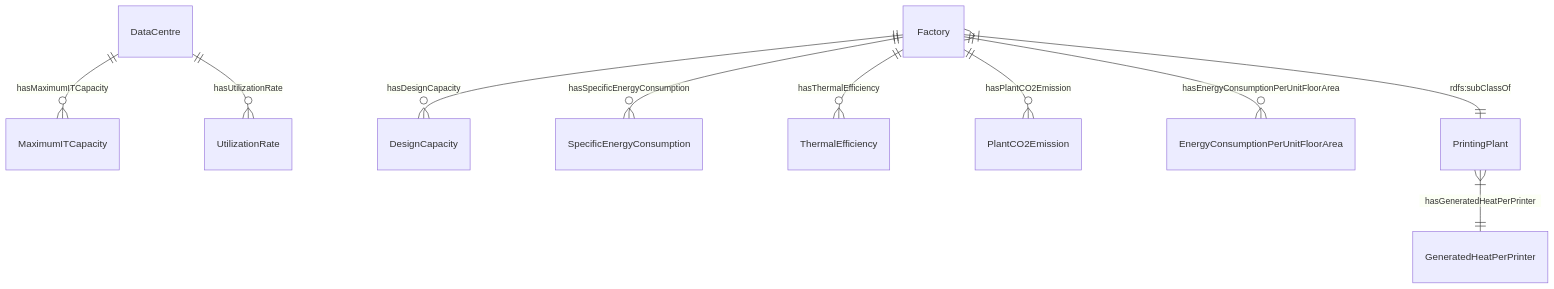
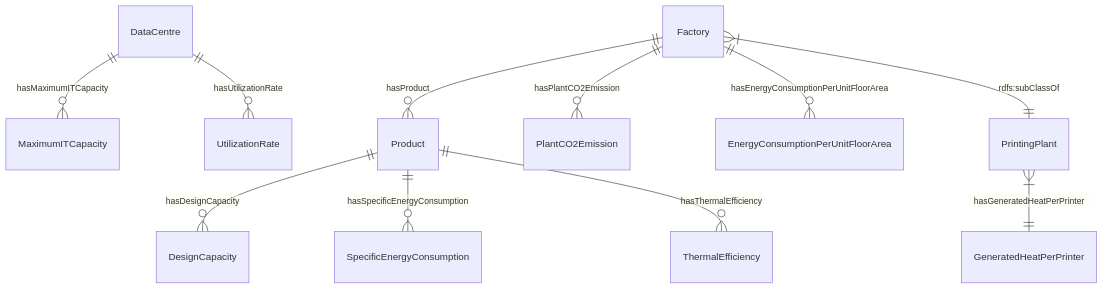
The fourth of 5 diagrams in JPS_Ontology/ontology/ontocompany/README.md (cambridge-cares/TheWorldAvatar), drawn with Mermaid before and after one commit. The commit also changed other lines of this file and 2 other files, not shown here.

Commit message:
1775-update-ontocompany-ontology: Added Product class and hasProduct relation.

````diff
--- a/JPS_Ontology/ontology/ontocompany/README.md
+++ b/JPS_Ontology/ontology/ontocompany/README.md
@@ -78,12 +79,13 @@
 ```mermaid
     erDiagram
     "DataCentre" ||--o{ "MaximumITCapacity" : hasMaximumITCapacity
     "DataCentre" ||--o{ "UtilizationRate" : hasUtilizationRate
-    "Factory" ||--o{ "DesignCapacity" : hasDesignCapacity
-    "Factory" ||--o{ "SpecificEnergyConsumption" : hasSpecificEnergyConsumption
-    "Factory" ||--o{ "ThermalEfficiency" : hasThermalEfficiency
+    "Factory" ||--o{ "Product" : hasProduct
+    "Product" ||--o{ "DesignCapacity" : hasDesignCapacity
+    "Product" ||--o{ "SpecificEnergyConsumption" : hasSpecificEnergyConsumption
+    "Product" ||--o{ "ThermalEfficiency" : hasThermalEfficiency
     "Factory" ||--o{ "PlantCO2Emission" : hasPlantCO2Emission
     "Factory" ||--o{ "EnergyConsumptionPerUnitFloorArea" : hasEnergyConsumptionPerUnitFloorArea
     "Factory" }|--|| "PrintingPlant" : "rdfs:subClassOf"
     "PrintingPlant" }|--|| "GeneratedHeatPerPrinter" : "hasGeneratedHeatPerPrinter"
 ```
````
